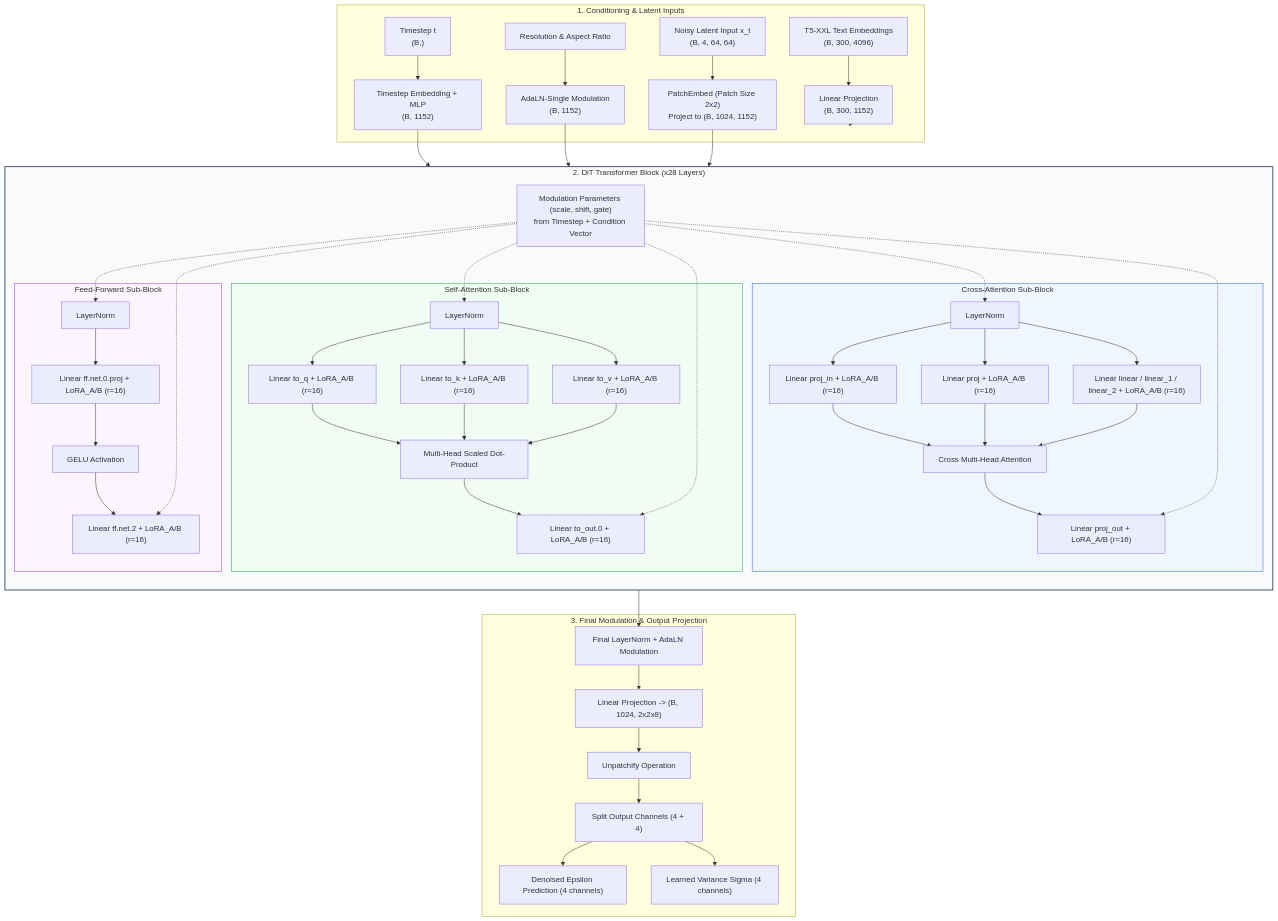
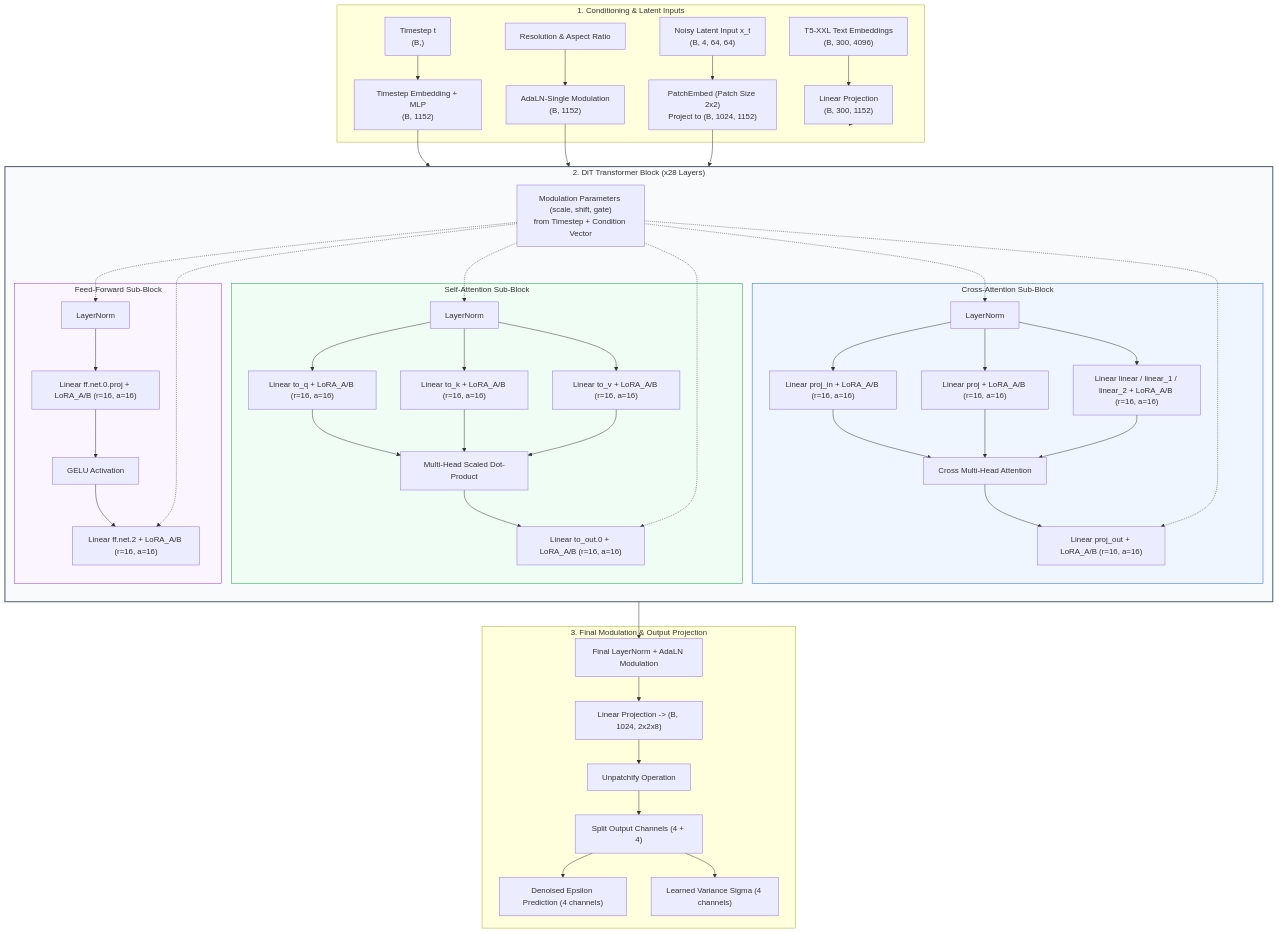
One commit to jackyckp/efficient-pixart-sigma-lora changed the second of 7 diagrams in ARCHITECTURE_DIAGRAMS.md. Above: the diagram before and after it, drawn with Mermaid. The commit also changed other lines of this file and 6 other files, not shown here.

````diff
--- a/ARCHITECTURE_DIAGRAMS.md
+++ b/ARCHITECTURE_DIAGRAMS.md
@@ -78,70 +78,70 @@
 ```mermaid
 flowchart TB
     subgraph InputEmbeddings["1. Conditioning & Latent Inputs"]
         X["Noisy Latent Input x_t<br/>(B, 4, 64, 64)"] --> PatchEmbed["PatchEmbed (Patch Size 2x2)<br/>Project to (B, 1024, 1152)"]
         T["Timestep t<br/>(B,)"] --> TimestepEmbed["Timestep Embedding + MLP<br/>(B, 1152)"]
         Prompt["T5-XXL Text Embeddings<br/>(B, 300, 4096)"] --> TextProj["Linear Projection<br/>(B, 300, 1152)"]
         Meta["Resolution & Aspect Ratio"] --> MetaEmbed["AdaLN-Single Modulation<br/>(B, 1152)"]
     end
 
     subgraph DiTBlock["2. DiT Transformer Block (x28 Layers)"]
         direction TB
         Modulation["Modulation Parameters (scale, shift, gate)<br/>from Timestep + Condition Vector"]
         
         subgraph SelfAttn["Self-Attention Sub-Block"]
             SA_Norm["LayerNorm"]
-            SA_Q["Linear to_q + LoRA_A/B (r=16)"]
-            SA_K["Linear to_k + LoRA_A/B (r=16)"]
-            SA_V["Linear to_v + LoRA_A/B (r=16)"]
+            SA_Q["Linear to_q + LoRA_A/B (r=16, a=16)"]
+            SA_K["Linear to_k + LoRA_A/B (r=16, a=16)"]
+            SA_V["Linear to_v + LoRA_A/B (r=16, a=16)"]
             SA_Score["Multi-Head Scaled Dot-Product"]
-            SA_Out["Linear to_out.0 + LoRA_A/B (r=16)"]
+            SA_Out["Linear to_out.0 + LoRA_A/B (r=16, a=16)"]
             
             SA_Norm --> SA_Q & SA_K & SA_V --> SA_Score --> SA_Out
         end
 
         subgraph CrossAttn["Cross-Attention Sub-Block"]
             CA_Norm["LayerNorm"]
-            CA_Q["Linear proj_in + LoRA_A/B (r=16)"]
-            CA_K["Linear proj + LoRA_A/B (r=16)"]
-            CA_V["Linear linear / linear_1 / linear_2 + LoRA_A/B (r=16)"]
+            CA_Q["Linear proj_in + LoRA_A/B (r=16, a=16)"]
+            CA_K["Linear proj + LoRA_A/B (r=16, a=16)"]
+            CA_V["Linear linear / linear_1 / linear_2 + LoRA_A/B (r=16, a=16)"]
             CA_Score["Cross Multi-Head Attention"]
-            CA_Out["Linear proj_out + LoRA_A/B (r=16)"]
+            CA_Out["Linear proj_out + LoRA_A/B (r=16, a=16)"]
             
             CA_Norm --> CA_Q & CA_K & CA_V --> CA_Score --> CA_Out
         end
 
         subgraph FFN["Feed-Forward Sub-Block"]
             FF_Norm["LayerNorm"]
-            FF_In["Linear ff.net.0.proj + LoRA_A/B (r=16)"]
+            FF_In["Linear ff.net.0.proj + LoRA_A/B (r=16, a=16)"]
             FF_Act["GELU Activation"]
-            FF_Out["Linear ff.net.2 + LoRA_A/B (r=16)"]
+            FF_Out["Linear ff.net.2 + LoRA_A/B (r=16, a=16)"]
             
             FF_Norm --> FF_In --> FF_Act --> FF_Out
         end
 
         Modulation -.-> SA_Norm & CA_Norm & FF_Norm
         Modulation -.-> SA_Out & CA_Out & FF_Out
     end
 
     subgraph OutputHead["3. Final Modulation & Output Projection"]
         FinalNorm["Final LayerNorm + AdaLN Modulation"]
         FinalProj["Linear Projection -> (B, 1024, 2x2x8)"]
         Unpatchify["Unpatchify Operation"]
         OutputSplit["Split Output Channels (4 + 4)"]
         EpsilonPred["Denoised Epsilon Prediction (4 channels)"]
         SigmaPred["Learned Variance Sigma (4 channels)"]
 
         FinalNorm --> FinalProj --> Unpatchify --> OutputSplit
         OutputSplit --> EpsilonPred & SigmaPred
     end
 
     PatchEmbed --> DiTBlock
     TextProj --> CrossAttn
     TimestepEmbed & MetaEmbed --> Modulation
     DiTBlock --> FinalNorm
 
     style DiTBlock fill:#f8fafc,stroke:#475569,stroke-width:2px;
     style SelfAttn fill:#f0fdf4,stroke:#16a34a,stroke-width:1px;
     style CrossAttn fill:#eff6ff,stroke:#2563eb,stroke-width:1px;
     style FFN fill:#faf5ff,stroke:#9333ea,stroke-width:1px;
 ```
````
